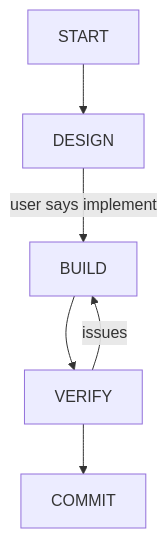
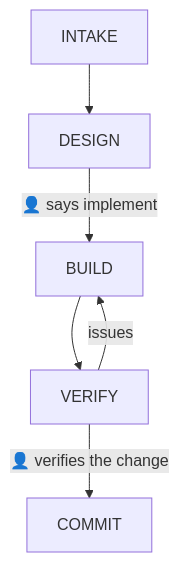
One commit to an-dr/agents changed the third of 3 diagrams in README.md. Above: the diagram before and after it, drawn with Mermaid. The commit also changed other lines of this file and 6 other files, not shown here.

First line of the commit message:
feat(workflow): replace START with an iterative INTAKE phase

````diff
--- a/README.md
+++ b/README.md
@@ -40,6 +47,7 @@
 ```mermaid
 flowchart TD
-START --> DESIGN
-DESIGN -->|user says implement| BUILD --> VERIFY --> COMMIT
+INTAKE --> DESIGN
+DESIGN -->|👤 says implement| BUILD --> VERIFY
+VERIFY -->|👤 verifies the change| COMMIT
 VERIFY -->|issues| BUILD
 ```
````
